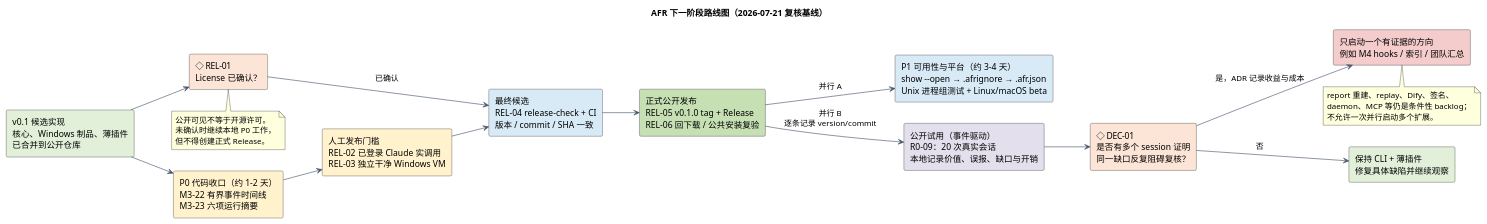
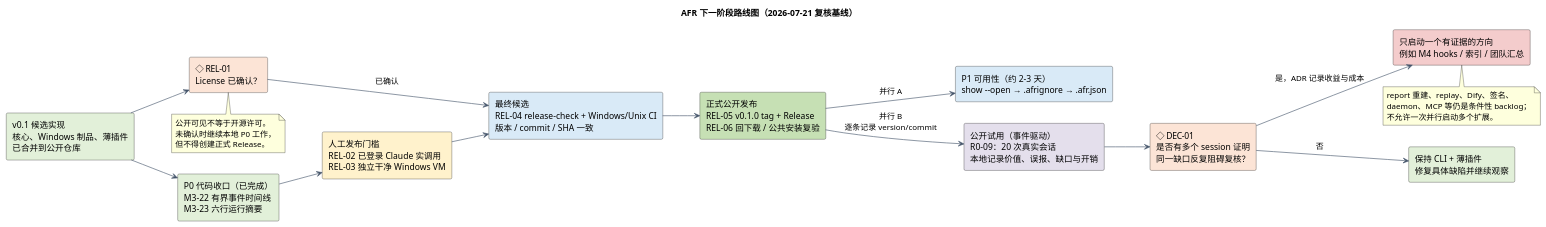
The tenth of 10 diagrams in docs/architecture.puml (liao96312/agent-flight-recorder), drawn with PlantUML before and after one commit. The commit also changed 6 other files, not shown here.

```diff
--- a/docs/architecture.puml
+++ b/docs/architecture.puml
@@ -613,46 +613,46 @@
 @startuml AFR_10_Next_Roadmap
 title AFR 下一阶段路线图（2026-07-21 复核基线）
 
 skinparam backgroundColor #FFFFFF
 skinparam shadowing false
 skinparam defaultFontName Microsoft YaHei
 skinparam ArrowColor #44546A
 left to right direction
 
 rectangle "v0.1 候选实现\n核心、Windows 制品、薄插件\n已合并到公开仓库" as Candidate #E2F0D9
-rectangle "P0 代码收口（约 1–2 天）\nM3-22 有界事件时间线\nM3-23 六项运行摘要" as P0Close #FFF2CC
+rectangle "P0 代码收口（已完成）\nM3-22 有界事件时间线\nM3-23 六行运行摘要" as P0Close #E2F0D9
 rectangle "◇ REL-01\nLicense 已确认？" as License #FCE4D6
 rectangle "人工发布门槛\nREL-02 已登录 Claude 实调用\nREL-03 独立干净 Windows VM" as Manual #FFF2CC
-rectangle "最终候选\nREL-04 release-check + CI\n版本 / commit / SHA 一致" as RC #D9EAF7
+rectangle "最终候选\nREL-04 release-check + Windows/Unix CI\n版本 / commit / SHA 一致" as RC #D9EAF7
 rectangle "正式公开发布\nREL-05 v0.1.0 tag + Release\nREL-06 回下载 / 公共安装复验" as Release #C6E0B4
-rectangle "P1 可用性与平台（约 3–4 天）\nshow --open → .afrignore → .afr.json\nUnix 进程组测试 + Linux/macOS beta" as P1 #D9EAF7
+rectangle "P1 可用性（约 2–3 天）\nshow --open → .afrignore → .afr.json" as P1 #D9EAF7
 rectangle "公开试用（事件驱动）\nR0-09：20 次真实会话\n本地记录价值、误报、缺口与开销" as Pilot #E4DFEC
 rectangle "◇ DEC-01\n是否有多个 session 证明\n同一缺口反复阻碍复核？" as DataGate #FCE4D6
 rectangle "保持 CLI + 薄插件\n修复具体缺陷并继续观察" as Maintain #E2F0D9
 rectangle "只启动一个有证据的方向\n例如 M4 hooks / 索引 / 团队汇总" as OneDirection #F4CCCC
 
 Candidate --> P0Close
 Candidate --> License
 P0Close --> Manual
 Manual --> RC
 License --> RC : 已确认
 RC --> Release
 Release --> P1 : 并行 A
 Release --> Pilot : 并行 B\n逐条记录 version/commit
 Pilot --> DataGate
 DataGate --> OneDirection : 是，ADR 记录收益与成本
 DataGate --> Maintain : 否
 
 note bottom of License
   公开可见不等于开源许可。
   未确认时继续本地 P0 工作，
   但不得创建正式 Release。
 end note
 
 note bottom of OneDirection
   report 重建、replay、Dify、签名、
   daemon、MCP 等仍是条件性 backlog；
   不允许一次并行启动多个扩展。
 end note
 
 @enduml
```
